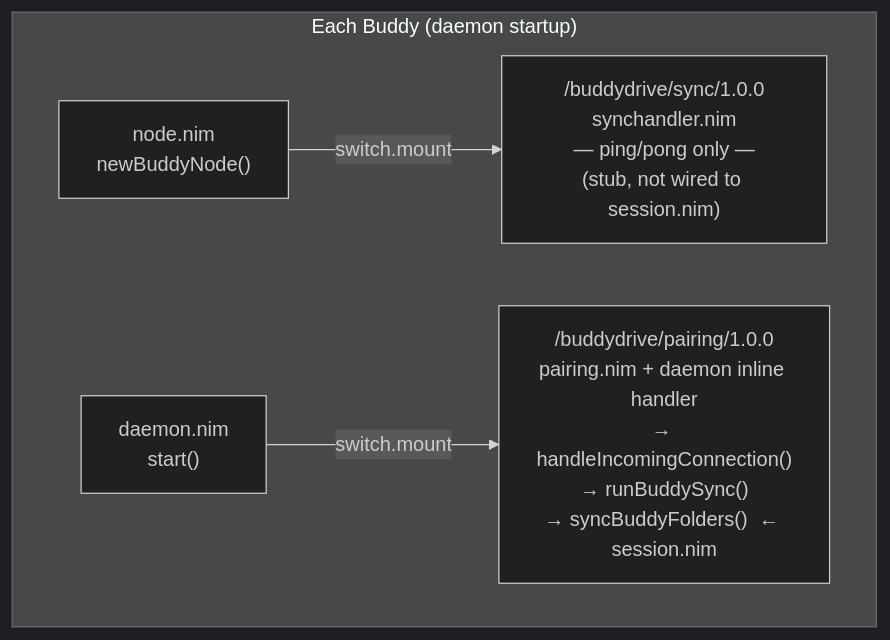
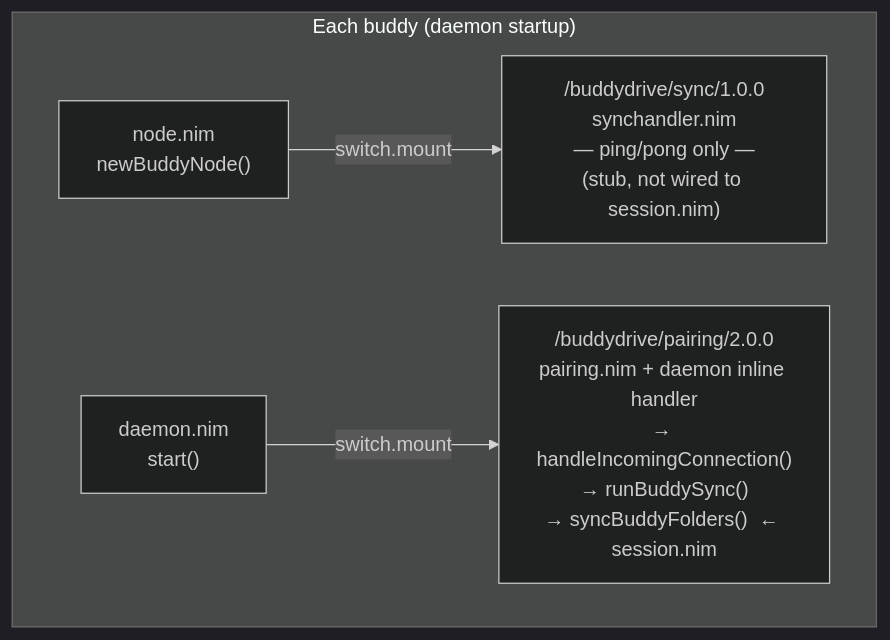
The second of 3 diagrams in docs/architecture.md (gokr/buddydrive), drawn with Mermaid (dark theme) before and after one commit. The commit also changed other lines of this file and 15 other files, not shown here.

````diff
--- a/docs/architecture.md
+++ b/docs/architecture.md
@@ -52,10 +67,10 @@
 ```mermaid
 flowchart TB
-    subgraph peer ["Each Buddy (daemon startup)"]
+    subgraph peer ["Each buddy (daemon startup)"]
         node["node.nim\nnewBuddyNode()"]
         daemon["daemon.nim\nstart()"]
 
         node -->|switch.mount| sc["/buddydrive/sync/1.0.0\nsynchandler.nim\n— ping/pong only —\n(stub, not wired to session.nim)"]
-        daemon -->|switch.mount| pp["/buddydrive/pairing/1.0.0\npairing.nim + daemon inline handler\n→ handleIncomingConnection()\n→ runBuddySync()\n→ syncBuddyFolders()  ← session.nim"]
+        daemon -->|switch.mount| pp["/buddydrive/pairing/2.0.0\npairing.nim + daemon inline handler\n→ handleIncomingConnection()\n→ runBuddySync()\n→ syncBuddyFolders()  ← session.nim"]
     end
 ```
````
